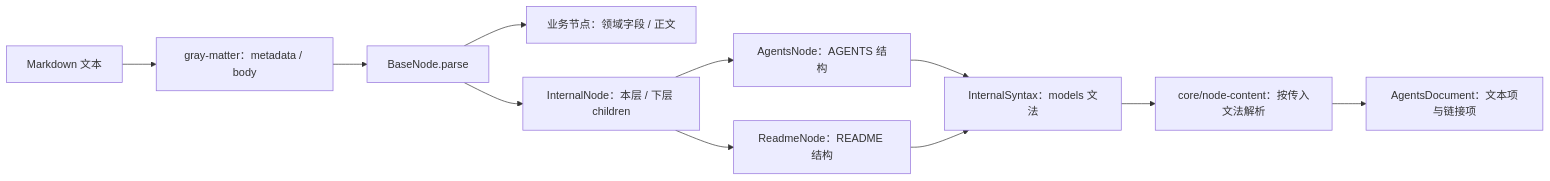
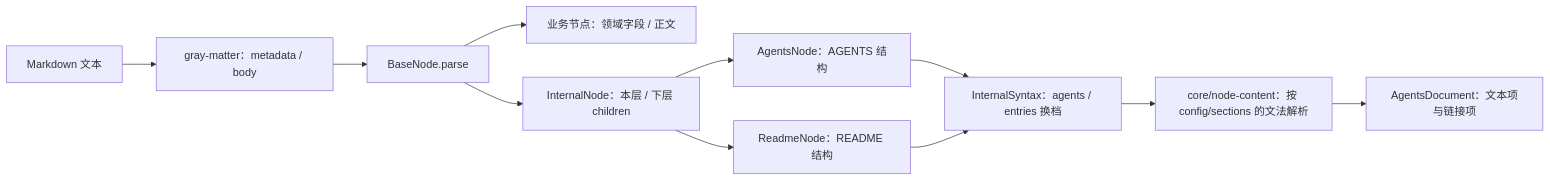
The fifth of 6 diagrams in extensions/cli/src/domain/models/README.md (VirusPC/edges-brain-viruspc), drawn with Mermaid before and after one commit. The commit also changed other lines of this file and 53 other files, not shown here.

First line of the commit message:
refactor: 约定常量放进 config，判定留在 models

````diff
--- a/extensions/cli/src/domain/models/README.md
+++ b/extensions/cli/src/domain/models/README.md
@@ -211,13 +219,13 @@
 ```mermaid
 flowchart LR
     MD[Markdown 文本] --> GM[gray-matter：metadata / body]
     GM --> B[BaseNode.parse]
     B --> L[业务节点：领域字段 / 正文]
     B --> N[InternalNode：本层 / 下层 children]
     N --> I[AgentsNode：AGENTS 结构]
     N --> R[ReadmeNode：README 结构]
-    I --> X[InternalSyntax：models 文法]
+    I --> X[InternalSyntax：agents / entries 换档]
     R --> X
-    X --> P[core/node-content：按传入文法解析]
+    X --> P[core/node-content：按 config/sections 的文法解析]
     P --> D[AgentsDocument：文本项与链接项]
 ```
````
